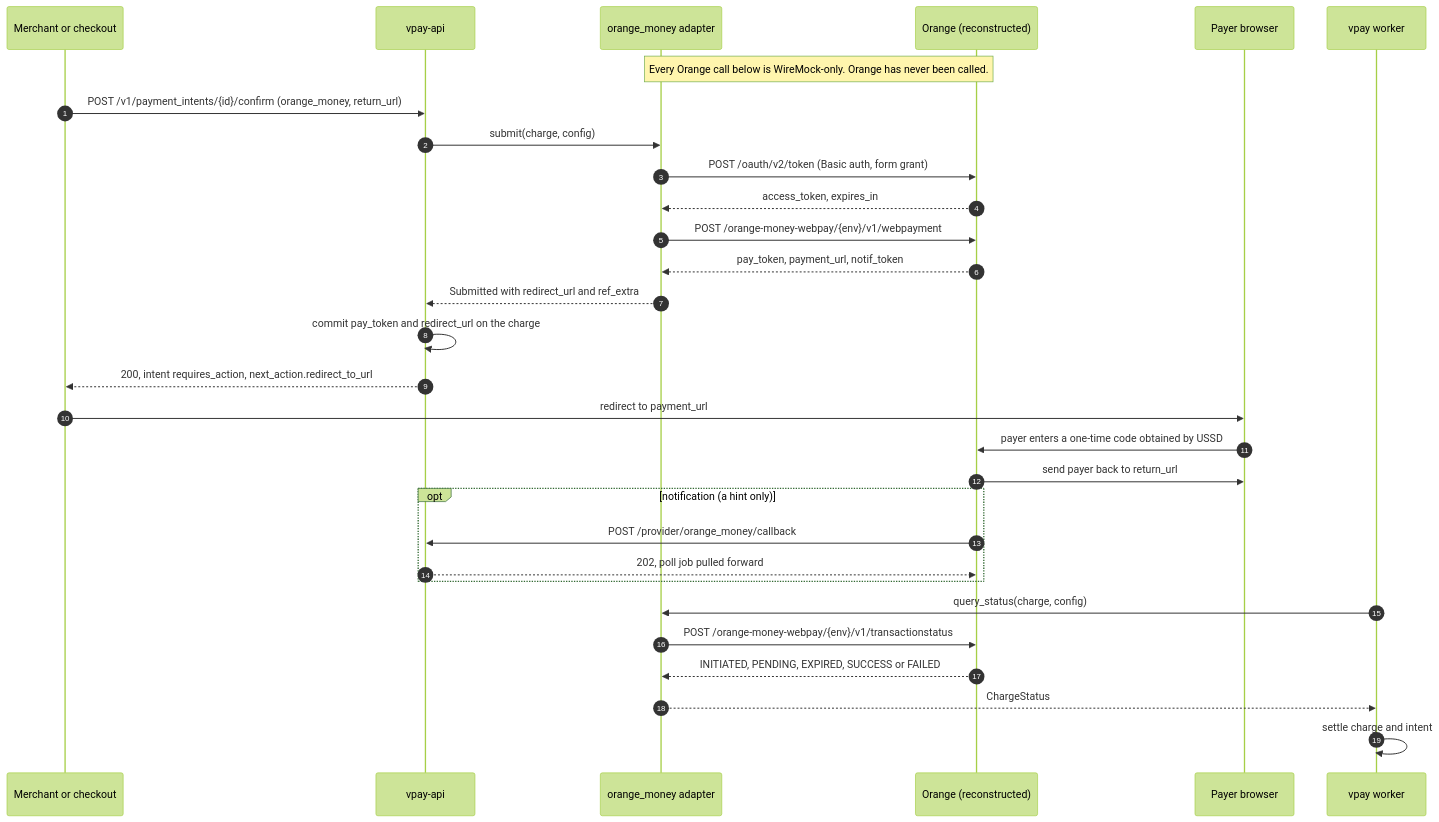
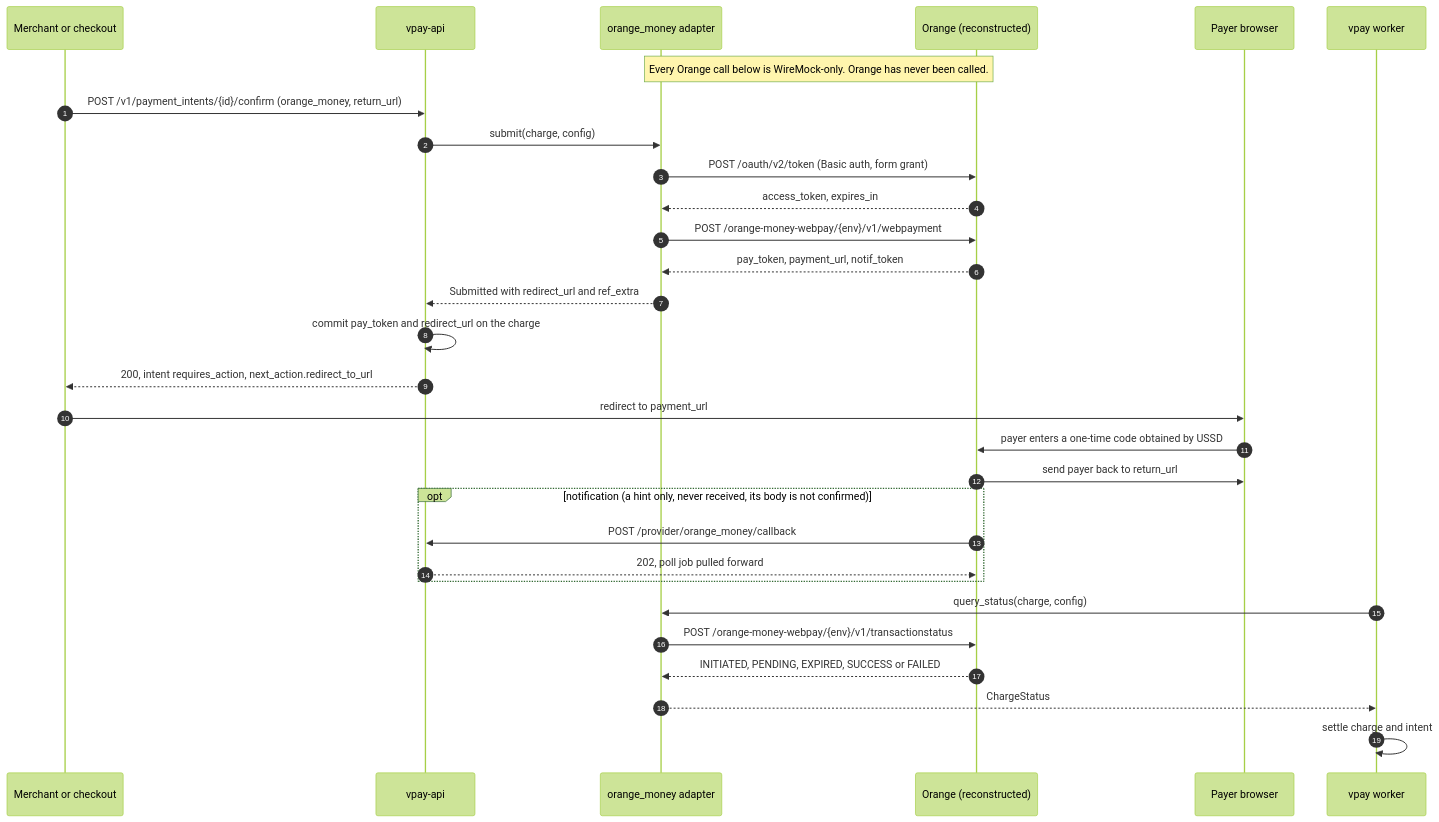
Before and after one commit to vaam-apps/vpay-docs: the first of 2 diagrams in docs/rails/orange-money.md, drawn with Mermaid (forest theme). The commit also changed other lines of this file and 41 other files, not shown here.

````diff
--- a/docs/rails/orange-money.md
+++ b/docs/rails/orange-money.md
@@ -54,32 +54,32 @@
 ```mermaid
 sequenceDiagram
     autonumber
     participant M as Merchant or checkout
     participant API as vpay-api
     participant A as orange_money adapter
     participant O as Orange (reconstructed)
     participant B as Payer browser
     participant W as vpay worker
     Note over A,O: Every Orange call below is WireMock-only. Orange has never been called.
     M->>API: POST /v1/payment_intents/{id}/confirm (orange_money, return_url)
     API->>A: submit(charge, config)
     A->>O: POST /oauth/v2/token (Basic auth, form grant)
     O-->>A: access_token, expires_in
     A->>O: POST /orange-money-webpay/{env}/v1/webpayment
     O-->>A: pay_token, payment_url, notif_token
     A-->>API: Submitted with redirect_url and ref_extra
     API->>API: commit pay_token and redirect_url on the charge
     API-->>M: 200, intent requires_action, next_action.redirect_to_url
     M->>B: redirect to payment_url
     B->>O: payer enters a one-time code obtained by USSD
     O->>B: send payer back to return_url
-    opt notification (a hint only)
+    opt notification (a hint only, never received, its body is not confirmed)
         O->>API: POST /provider/orange_money/callback
         API-->>O: 202, poll job pulled forward
     end
     W->>A: query_status(charge, config)
     A->>O: POST /orange-money-webpay/{env}/v1/transactionstatus
     O-->>A: INITIATED, PENDING, EXPIRED, SUCCESS or FAILED
     A-->>W: ChargeStatus
     W->>W: settle charge and intent
 ```
````
